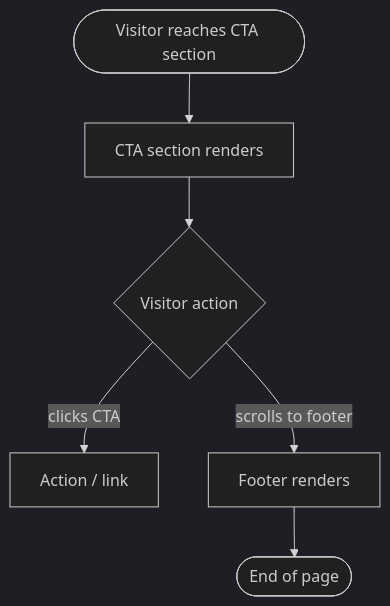
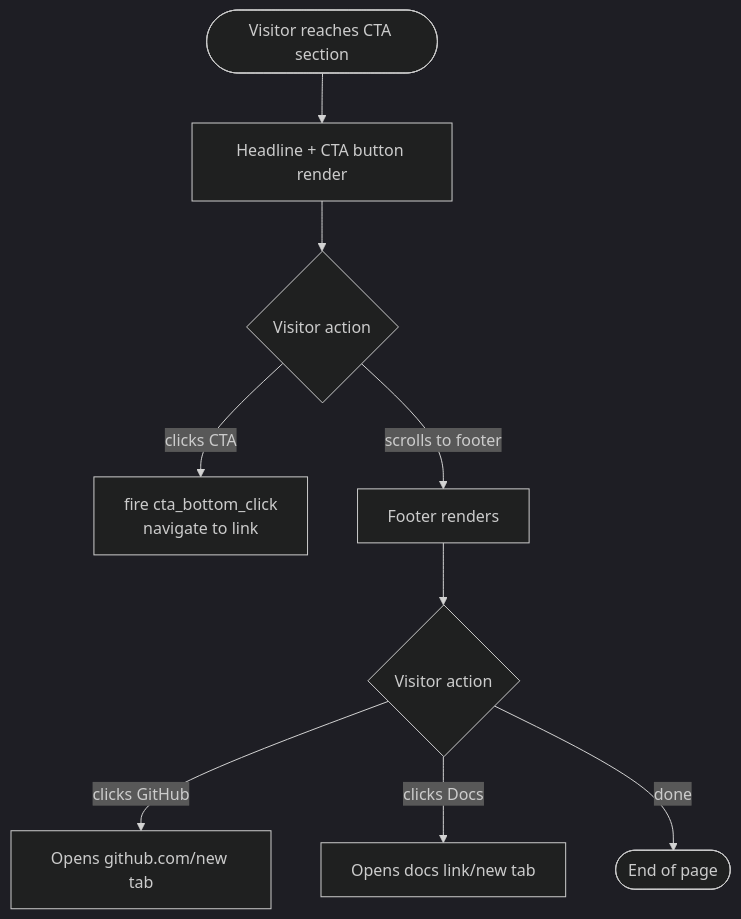
One commit to Maximumsoft-Co-LTD/claude-foundation-template changed the second of 2 diagrams in docs/sprints/sprint-01/task-004/task-004-frontend.md. Above: the diagram before and after it, drawn with Mermaid (dark theme). The commit also changed other lines of this file and 4 other files, not shown here.

````diff
--- a/docs/sprints/sprint-01/task-004/task-004-frontend.md
+++ b/docs/sprints/sprint-01/task-004/task-004-frontend.md
@@ -34,8 +72,11 @@
 ```mermaid
 flowchart TD
-    A([Visitor reaches CTA section]) --> B[CTA section renders]
+    A([Visitor reaches CTA section]) --> B[Headline + CTA button render]
     B --> C{Visitor action}
-    C -->|clicks CTA| D[Action / link]
+    C -->|clicks CTA| D[fire cta_bottom_click\nnavigate to link]
     C -->|scrolls to footer| E[Footer renders]
-    E --> F([End of page])
+    E --> F{Visitor action}
+    F -->|clicks GitHub| G[Opens github.com/new tab]
+    F -->|clicks Docs| H[Opens docs link/new tab]
+    F -->|done| I([End of page])
 ```
````
